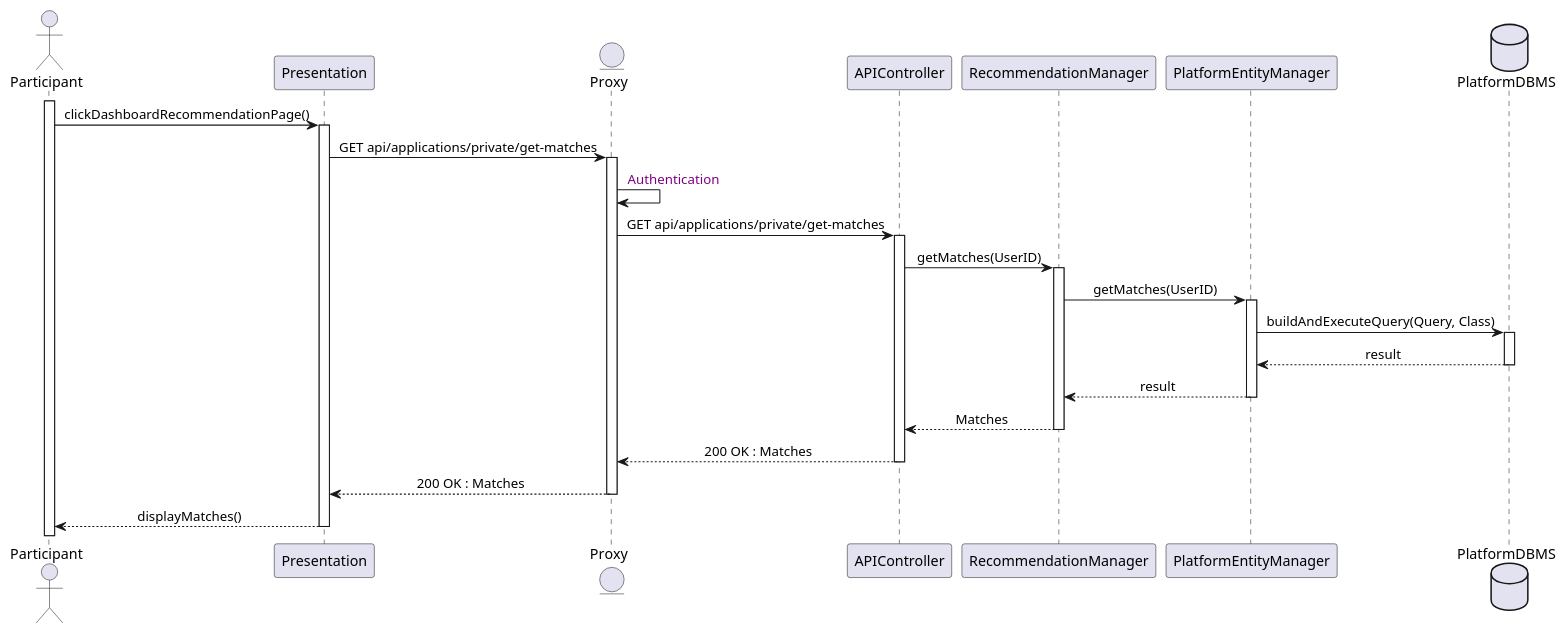
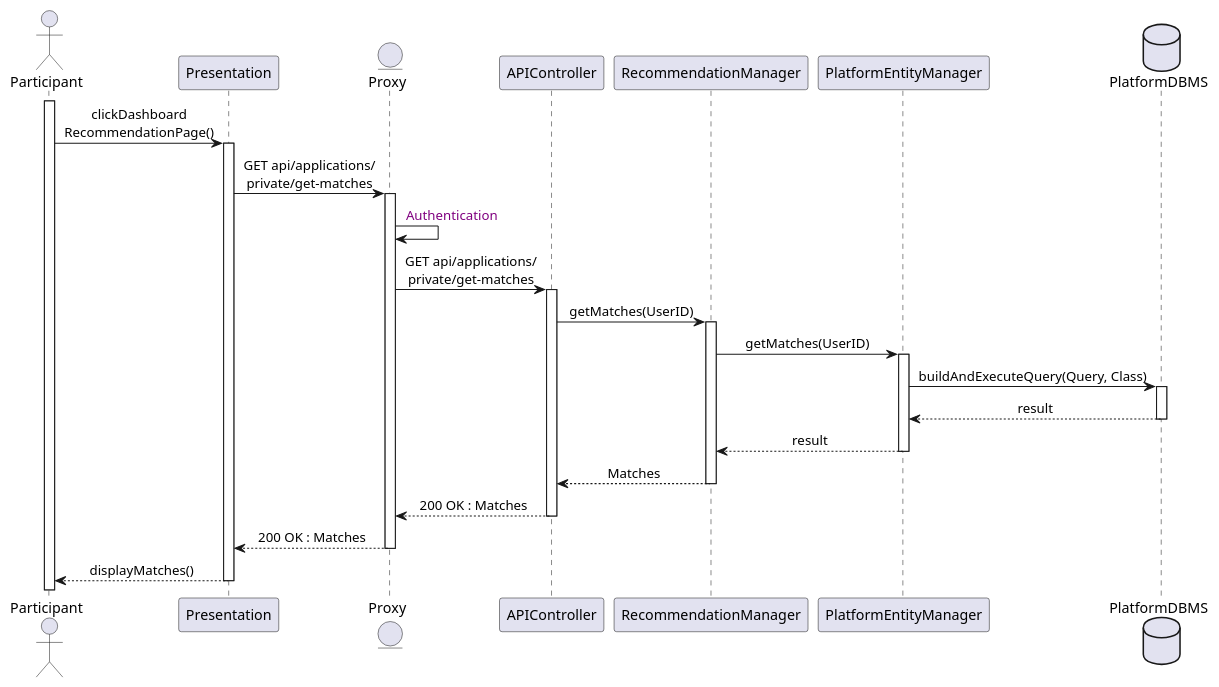
The diagram in Diagrams/SequenceDiagrams/DD/14ParticipantSeesMatches.wsd (Slaitroc/RicciPaoliGrisoni), drawn with PlantUML before and after one commit.

Commit message:
Update Participant Sees Matches Sequence Diagram for improved readability in API call formatting

```diff
--- a/Diagrams/SequenceDiagrams/DD/14ParticipantSeesMatches.wsd
+++ b/Diagrams/SequenceDiagrams/DD/14ParticipantSeesMatches.wsd
@@ -1,37 +1,37 @@
 @startuml 14ParticipantSeesMatches
 skinparam sequenceMessageAlign center
 actor       Participant
 participant Presentation
 entity      Proxy
 participant APIController
 participant RecommendationManager
 participant PlatformEntityManager
 database    PlatformDBMS
 
 activate Participant
-Participant -> Presentation : clickDashboardRecommendationPage()
+Participant -> Presentation : clickDashboard\nRecommendationPage()
 activate Presentation
-Presentation -> Proxy : GET api/applications/private/get-matches
+Presentation -> Proxy : GET api/applications/\nprivate/get-matches
 activate Proxy
 Proxy -> Proxy : <color:purple> Authentication
-Proxy -> APIController : GET api/applications/private/get-matches
+Proxy -> APIController : GET api/applications/\nprivate/get-matches
 activate APIController
 APIController -> RecommendationManager : getMatches(UserID)
 activate RecommendationManager
 RecommendationManager -> PlatformEntityManager : getMatches(UserID)
 activate PlatformEntityManager
 PlatformEntityManager -> PlatformDBMS : buildAndExecuteQuery(Query, Class)
 activate PlatformDBMS
 PlatformDBMS --> PlatformEntityManager : result
 deactivate PlatformDBMS
 PlatformEntityManager --> RecommendationManager : result
 deactivate PlatformEntityManager
 RecommendationManager --> APIController : Matches
 deactivate RecommendationManager
 APIController --> Proxy : 200 OK : Matches
 deactivate APIController
 Proxy --> Presentation : 200 OK : Matches
 deactivate Proxy
 Presentation --> Participant : displayMatches()
 deactivate Presentation
 @enduml
```
